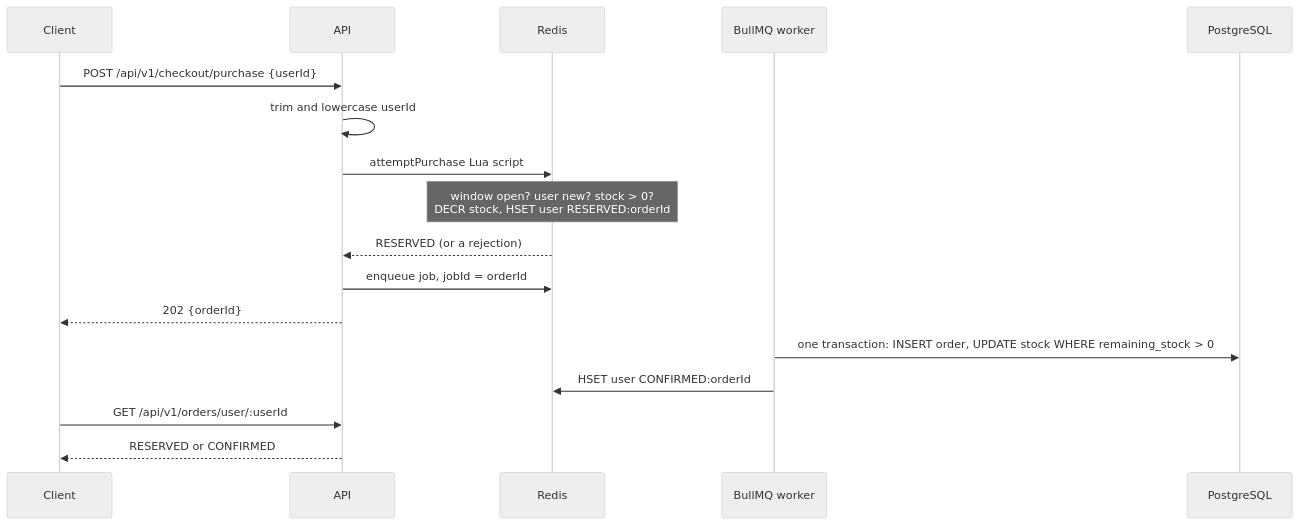
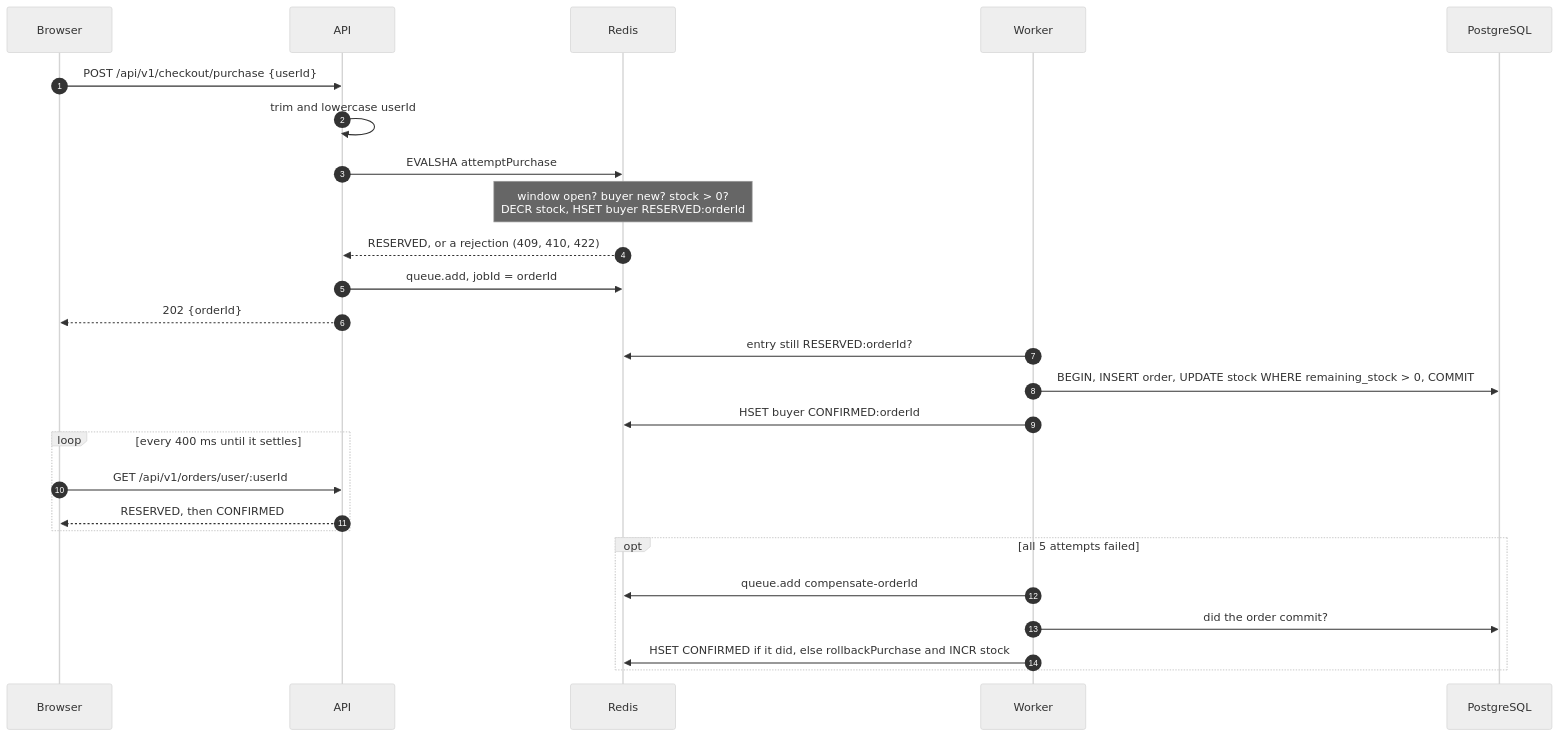
Before and after one commit to minhhieple97/flash-sale-system: the second of 4 diagrams in README.md, drawn with Mermaid (neutral theme). The commit also changed other lines of this file, not shown here.

First line of the commit message:
docs: rewrite the README around architecture, tests and measurements

````diff
--- a/README.md
+++ b/README.md
@@ -9,20 +56,29 @@
 ```mermaid
 sequenceDiagram
-    participant C as Client
+    autonumber
+    participant B as Browser
     participant A as API
     participant R as Redis
-    participant Q as BullMQ worker
+    participant W as Worker
     participant P as PostgreSQL
 
-    C->>A: POST /api/v1/checkout/purchase {userId}
+    B->>A: POST /api/v1/checkout/purchase {userId}
     A->>A: trim and lowercase userId
-    A->>R: attemptPurchase Lua script
-    Note over R: window open? user new? stock > 0?<br/>DECR stock, HSET user RESERVED:orderId
-    R-->>A: RESERVED (or a rejection)
-    A->>R: enqueue job, jobId = orderId
-    A-->>C: 202 {orderId}
-    Q->>P: one transaction: INSERT order, UPDATE stock WHERE remaining_stock > 0
-    Q->>R: HSET user CONFIRMED:orderId
-    C->>A: GET /api/v1/orders/user/:userId
-    A-->>C: RESERVED or CONFIRMED
+    A->>R: EVALSHA attemptPurchase
+    Note over R: window open? buyer new? stock > 0?<br/>DECR stock, HSET buyer RESERVED:orderId
+    R-->>A: RESERVED, or a rejection (409, 410, 422)
+    A->>R: queue.add, jobId = orderId
+    A-->>B: 202 {orderId}
+    W->>R: entry still RESERVED:orderId?
+    W->>P: BEGIN, INSERT order, UPDATE stock WHERE remaining_stock > 0, COMMIT
+    W->>R: HSET buyer CONFIRMED:orderId
+    loop every 400 ms until it settles
+        B->>A: GET /api/v1/orders/user/:userId
+        A-->>B: RESERVED, then CONFIRMED
+    end
+    opt all 5 attempts failed
+        W->>R: queue.add compensate-orderId
+        W->>P: did the order commit?
+        W->>R: HSET CONFIRMED if it did, else rollbackPurchase and INCR stock
+    end
 ```
````
